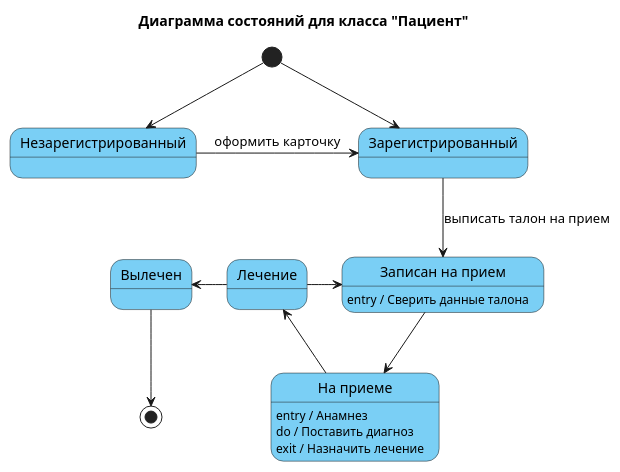
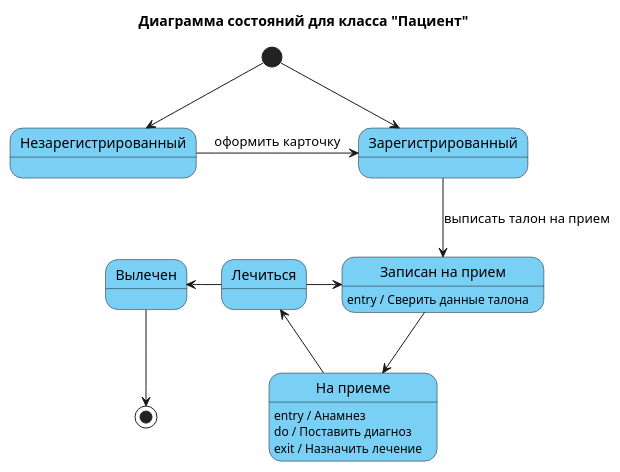
The diagram in Практикум/states/Пациент.pu (MoKlay/doc-material), drawn with PlantUML before and after one commit. The commit also changed 14 other files, not shown here.

Commit message:
диаграмма коммуникации

```diff
--- a/Практикум/states/Пациент.pu
+++ b/Практикум/states/Пациент.pu
@@ -1,26 +1,26 @@
 @startuml State2
 title Диаграмма состояний для класса "Пациент"
 skinparam state {
   BackgroundColor #7acff5
 }
 
 [*] --> Незарегистрированный
 Незарегистрированный -> Зарегистрированный: оформить карточку
 [*] --> Зарегистрированный
 state "Записан на прием" as s1
 Зарегистрированный --> s1:выписать талон на прием
 s1: entry / Сверить данные талона
 state "На приеме" as s2
 s2:entry / Анамнез
 s2:do / Поставить диагноз
 s2:exit / Назначить лечение
 s1 --> s2
-Лечение <- s2
-Лечение -> s1
-Вылечен <- Лечение
+Лечиться <- s2
+Лечиться -> s1
+Вылечен <- Лечиться
 Вылечен --> [*]
 
 
 
 
 @enduml
```
